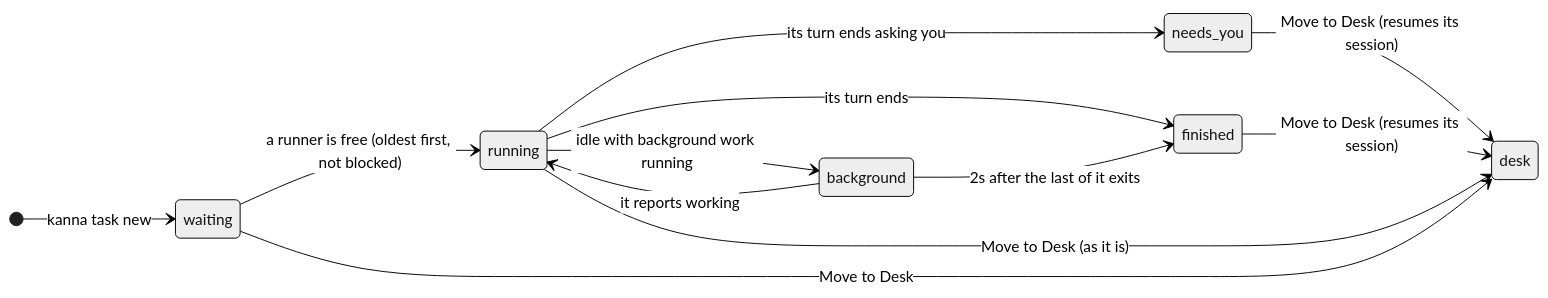
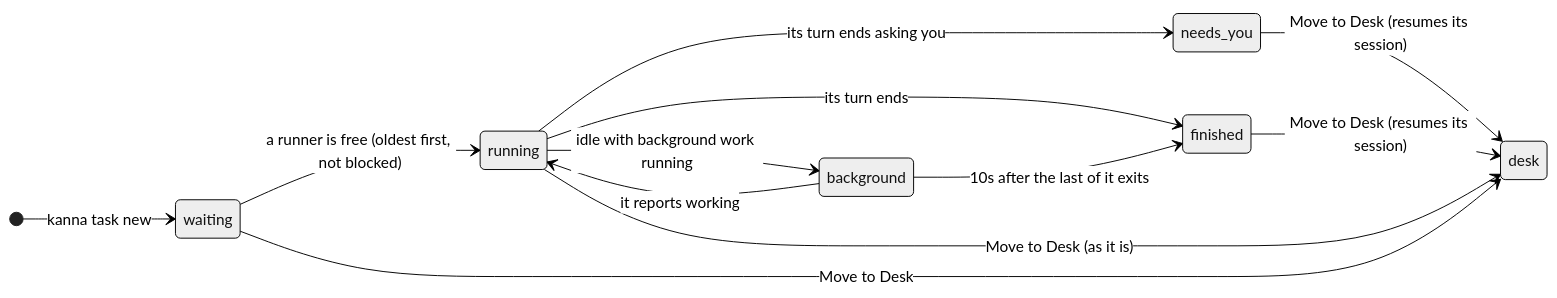
Before and after one commit to tampopogk/kanna: the diagram in docs/specs/shelf-runners.md, drawn with Mermaid (neutral theme). The commit also changed other lines of this file and 4 other files, not shown here.

First line of the commit message:
Shelf runners: the grace after background work is 10s

````diff
--- a/docs/specs/shelf-runners.md
+++ b/docs/specs/shelf-runners.md
@@ -17,15 +17,15 @@
 ```mermaid
 stateDiagram-v2
     direction LR
     [*] --> waiting: kanna task new
     waiting --> running: a runner is free (oldest first, not blocked)
     running --> needs_you: its turn ends asking you
     running --> finished: its turn ends
     running --> background: idle with background work running
     background --> running: it reports working
-    background --> finished: 2s after the last of it exits
+    background --> finished: 10s after the last of it exits
     needs_you --> desk: Move to Desk (resumes its session)
     finished --> desk: Move to Desk (resumes its session)
     running --> desk: Move to Desk (as it is)
     waiting --> desk: Move to Desk
 ```
````
